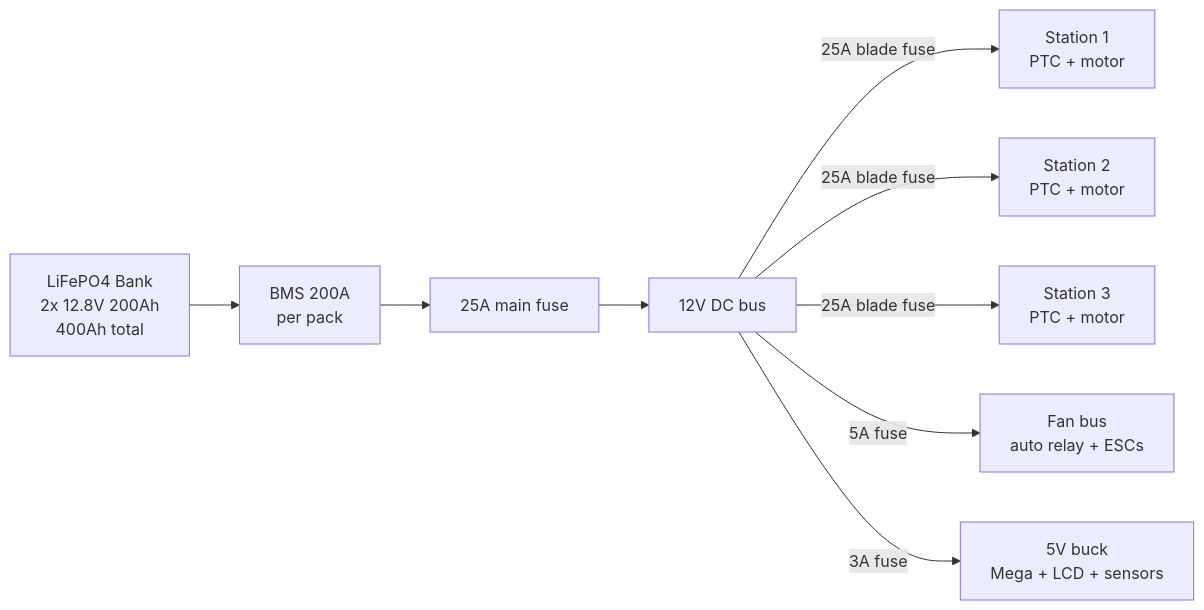
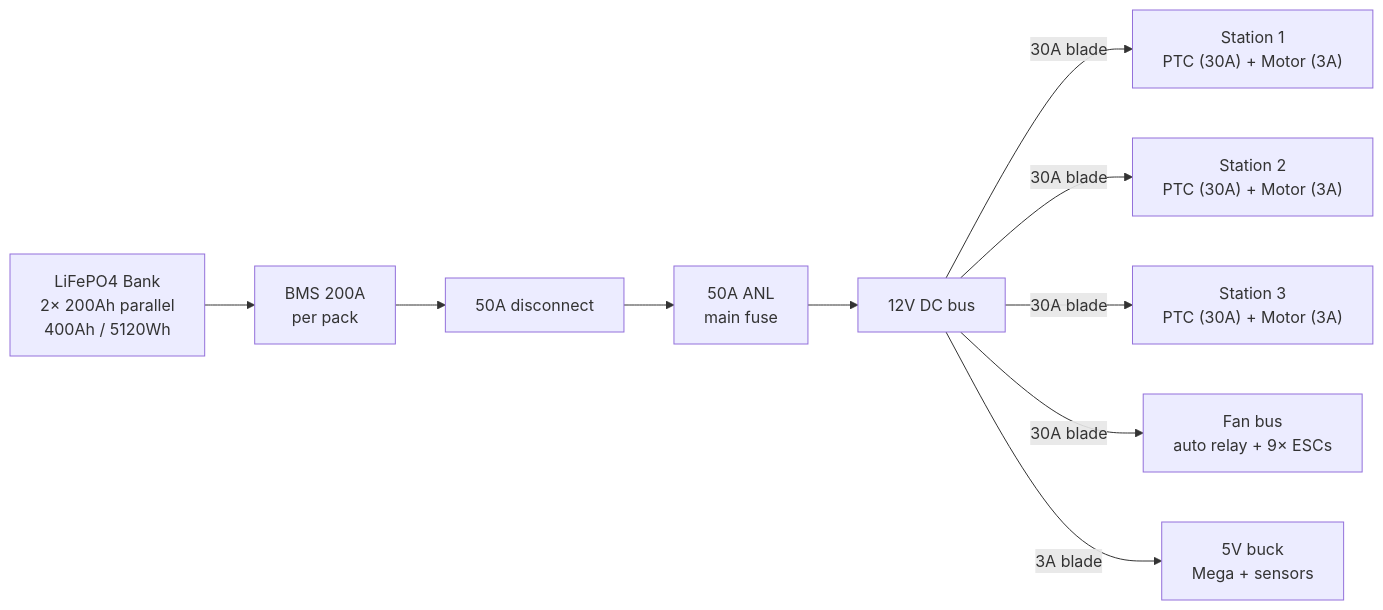
One commit to qppd/umbrella-dryer-v2 changed the second of 4 diagrams in docs/SYSTEM-ARCHITECTURE.md. Above: the diagram before and after it, drawn with Mermaid. The commit also changed other lines of this file and 14 other files, not shown here.

````diff
--- a/docs/SYSTEM-ARCHITECTURE.md
+++ b/docs/SYSTEM-ARCHITECTURE.md
@@ -62,15 +72,16 @@
 ```mermaid
 flowchart LR
-    BANK["LiFePO4 Bank<br/>2x 12.8V 200Ah<br/>400Ah total"]
+    BANK["LiFePO4 Bank<br/>2× 200Ah parallel<br/>400Ah / 5120Wh"]
     BMS["BMS 200A<br/>per pack"]
-    FUSE_M["25A main fuse"]
+    DISC["50A disconnect"]
+    FUSE_M["50A ANL<br/>main fuse"]
     BUS["12V DC bus"]
 
-    BANK --> BMS --> FUSE_M --> BUS
+    BANK --> BMS --> DISC --> FUSE_M --> BUS
 
-    BUS -->|"25A blade fuse"| S1["Station 1<br/>PTC + motor"]
-    BUS -->|"25A blade fuse"| S2["Station 2<br/>PTC + motor"]
-    BUS -->|"25A blade fuse"| S3["Station 3<br/>PTC + motor"]
-    BUS -->|"5A fuse"| FANS["Fan bus<br/>auto relay + ESCs"]
-    BUS -->|"3A fuse"| LOGIC["5V buck<br/>Mega + LCD + sensors"]
+    BUS -->|"30A blade"| S1["Station 1<br/>PTC (30A) + Motor (3A)"]
+    BUS -->|"30A blade"| S2["Station 2<br/>PTC (30A) + Motor (3A)"]
+    BUS -->|"30A blade"| S3["Station 3<br/>PTC (30A) + Motor (3A)"]
+    BUS -->|"30A blade"| FANS["Fan bus<br/>auto relay + 9× ESCs"]
+    BUS -->|"3A blade"| LOGIC["5V buck<br/>Mega + sensors"]
 ```
````
